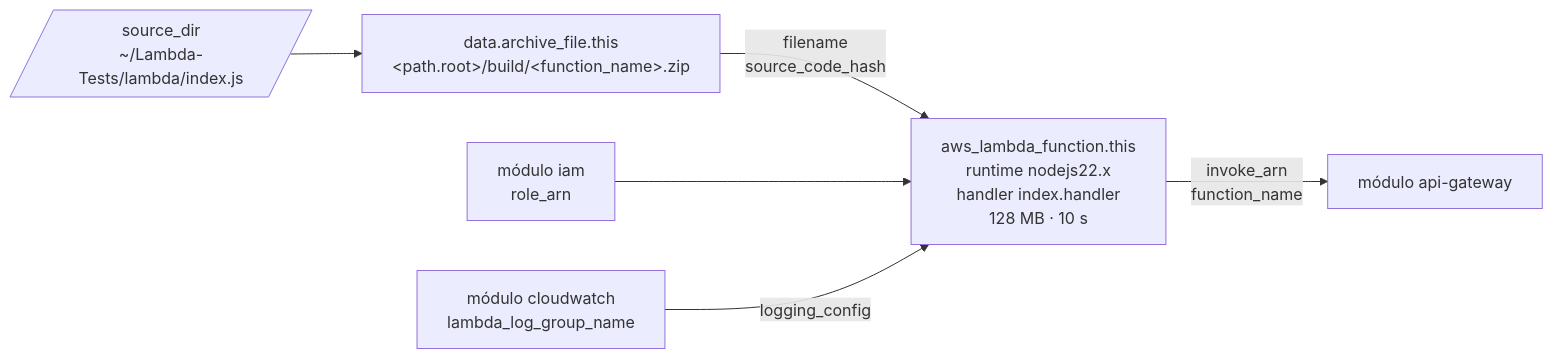
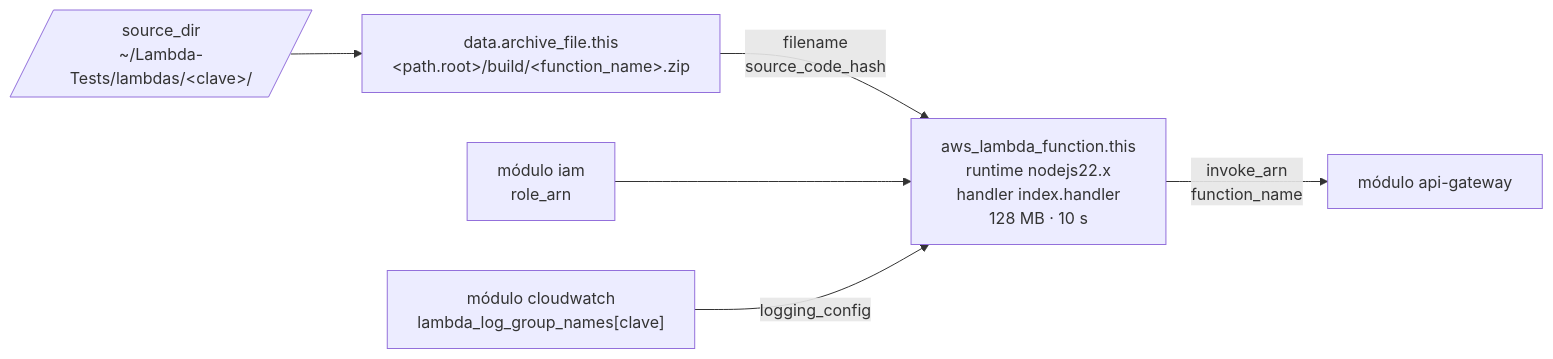
The diagram in terraform/modules/lambda/README.md (adrianjsosag/Lambda-Tests), drawn with Mermaid before and after one commit. The commit also changed other lines of this file and 20 other files, not shown here.

````diff
--- a/terraform/modules/lambda/README.md
+++ b/terraform/modules/lambda/README.md
@@ -9,15 +31,15 @@
 ```mermaid
 flowchart LR
-    src[/"source_dir<br/>~/Lambda-Tests/lambda/index.js"/]
+    src[/"source_dir<br/>~/Lambda-Tests/lambdas/&lt;clave&gt;/"/]
     zip["data.archive_file.this<br/>&lt;path.root&gt;/build/&lt;function_name&gt;.zip"]
     fn["aws_lambda_function.this<br/>runtime nodejs22.x<br/>handler index.handler<br/>128 MB · 10 s"]
 
     role["módulo iam<br/>role_arn"]
-    lg["módulo cloudwatch<br/>lambda_log_group_name"]
+    lg["módulo cloudwatch<br/>lambda_log_group_names[clave]"]
 
     src --> zip
     zip -- "filename<br/>source_code_hash" --> fn
     role --> fn
     lg -- logging_config --> fn
     fn -- "invoke_arn<br/>function_name" --> api["módulo api-gateway"]
 ```
````
